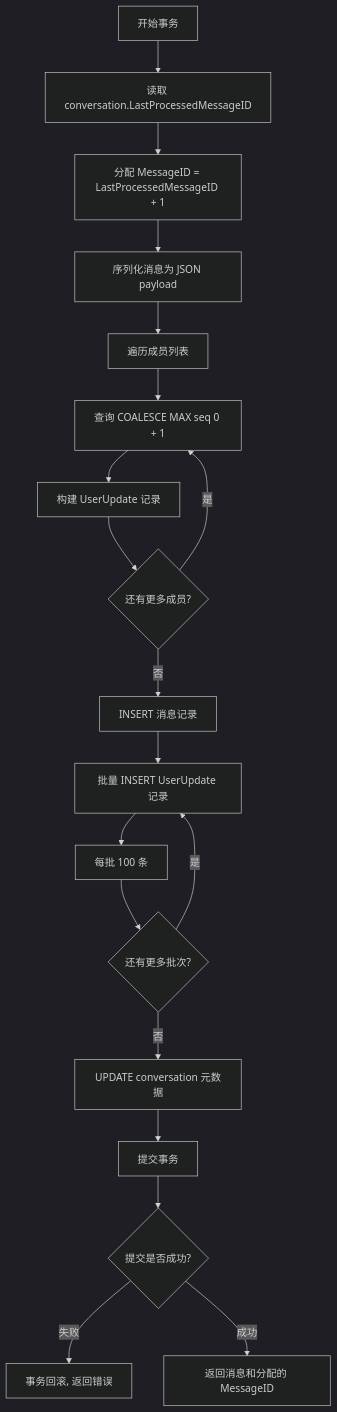
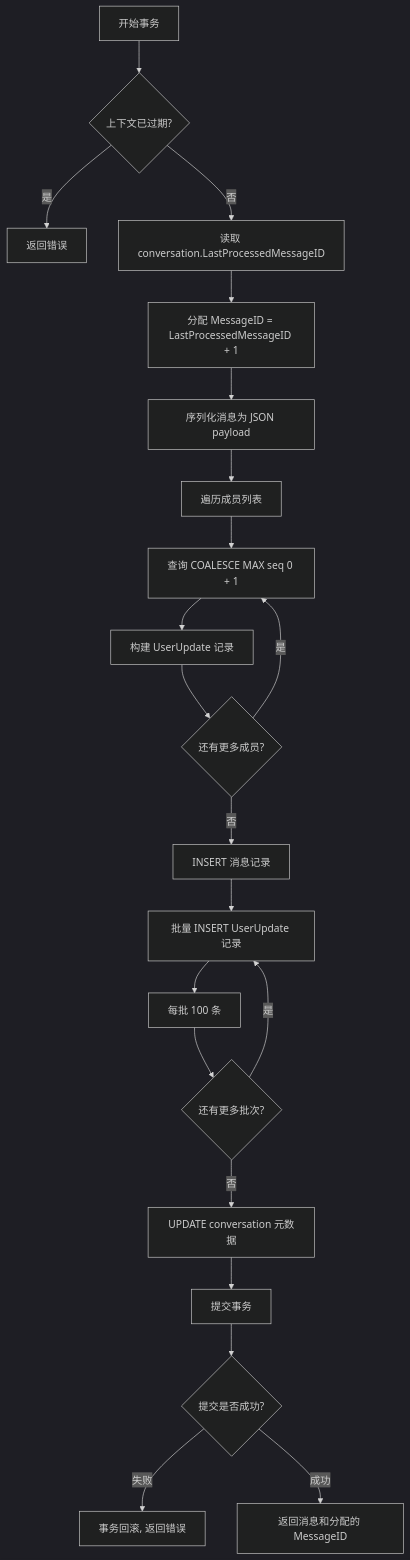
The seventh of 8 diagrams in wiki/flows/message.md (PineappleBond/xyncra-server), drawn with Mermaid (dark theme) before and after one commit. The commit also changed other lines of this file and 21 other files, not shown here.

````diff
--- a/wiki/flows/message.md
+++ b/wiki/flows/message.md
@@ -396,21 +397,23 @@
 ```mermaid
 flowchart TD
-    A[开始事务] --> B[读取 conversation.LastProcessedMessageID]
+    A[开始事务] --> A1{上下文已过期?}
+    A1 -->|是| A2[返回错误]
+    A1 -->|否| B[读取 conversation.LastProcessedMessageID]
     B --> C[分配 MessageID = LastProcessedMessageID + 1]
     C --> D[序列化消息为 JSON payload]
     D --> E[遍历成员列表]
     E --> F[查询 COALESCE MAX seq 0 + 1]
     F --> G[构建 UserUpdate 记录]
     G --> H{还有更多成员?}
     H -->|是| F
     H -->|否| I[INSERT 消息记录]
     I --> J[批量 INSERT UserUpdate 记录]
     J --> K[每批 100 条]
     K --> L{还有更多批次?}
     L -->|是| J
     L -->|否| M[UPDATE conversation 元数据]
     M --> N[提交事务]
     N --> O{提交是否成功?}
     O -->|失败| P[事务回滚, 返回错误]
     O -->|成功| Q[返回消息和分配的 MessageID]
 ```
````
